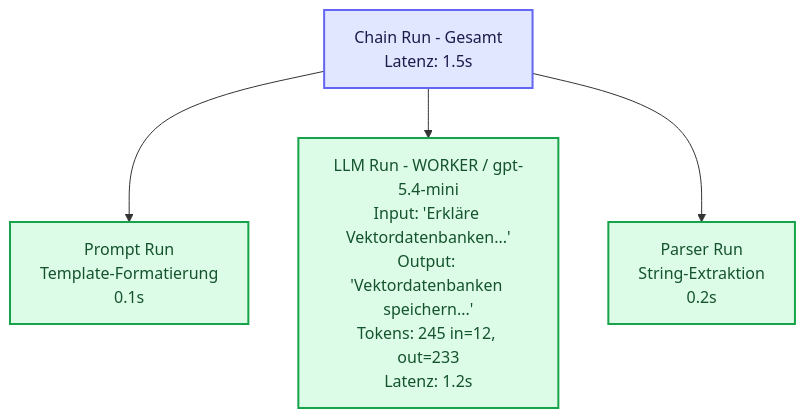
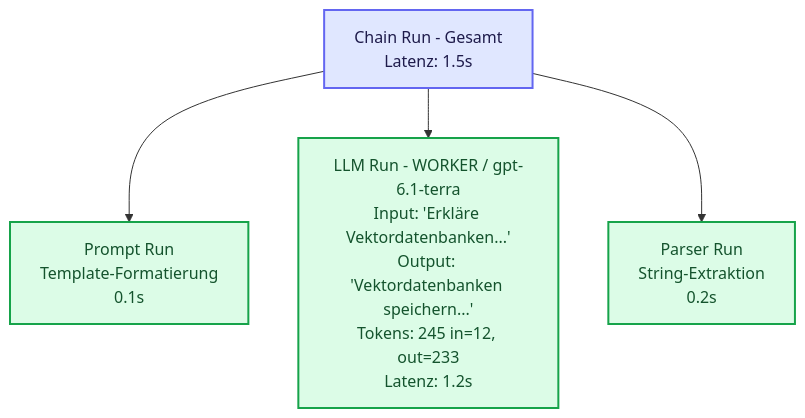
One commit to ralf-42/GenAI changed the third of 5 diagrams in docs/06-frameworks/einsteiger-langsmith.md. Above: the diagram before and after it, drawn with Mermaid. The commit also changed other lines of this file and 17 other files, not shown here.

````diff
--- a/docs/06-frameworks/einsteiger-langsmith.md
+++ b/docs/06-frameworks/einsteiger-langsmith.md
@@ -232,20 +232,20 @@
 ```mermaid
 graph TB
     CHAIN[Chain Run - Gesamt<br/>Latenz: 1.5s]
     PROMPT[Prompt Run<br/>Template-Formatierung<br/>0.1s]
-    LLM[LLM Run - WORKER / gpt-5.4-mini<br/>Input: 'Erkläre Vektordatenbanken...'<br/>Output: 'Vektordatenbanken speichern...'<br/>Tokens: 245 in=12, out=233<br/>Latenz: 1.2s]
+    LLM[LLM Run - WORKER / gpt-6.1-terra<br/>Input: 'Erkläre Vektordatenbanken...'<br/>Output: 'Vektordatenbanken speichern...'<br/>Tokens: 245 in=12, out=233<br/>Latenz: 1.2s]
     PARSER[Parser Run<br/>String-Extraktion<br/>0.2s]
 
     CHAIN --> PROMPT
     CHAIN --> LLM
     CHAIN --> PARSER
 
 %% Funktionsfarben nach Mermaid_Best_Practices.md
 
     classDef default fill:#e0f2fe,stroke:#0284c7,stroke-width:2px,color:#0c4a6e;
     classDef input fill:#e0e7ff,stroke:#6366f1,stroke-width:2px,color:#1e1b4b;
     classDef output fill:#dcfce7,stroke:#16a34a,stroke-width:2px,color:#14532d;
 
     class CHAIN input;
     class PROMPT,LLM,PARSER output;
 ```
````
